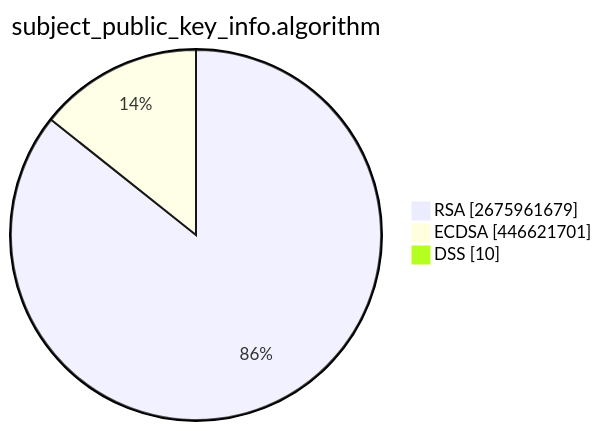
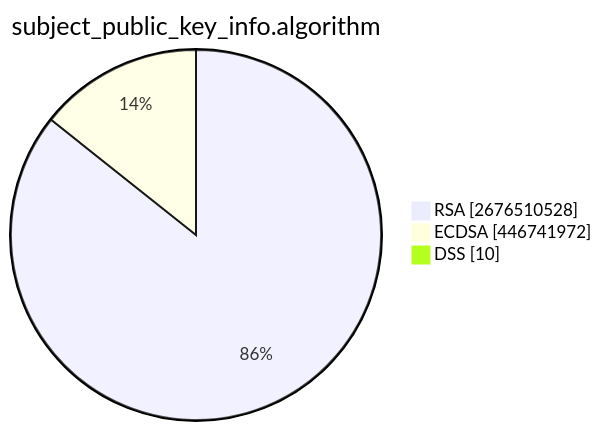
One commit to christiankrug/ctmonitor_visualization changed the second of 15 diagrams in TOTAL/README.md. Above: the diagram before and after it, drawn with Mermaid. The commit also changed other lines of this file, not shown here.

````diff
--- a/TOTAL/README.md
+++ b/TOTAL/README.md
@@ -6,7 +6,7 @@
 ```mermaid
 pie showData
 title subject_public_key_info.algorithm
-"RSA" :2675961679
-"ECDSA" :446621701
+"RSA" :2676510528
+"ECDSA" :446741972
 "DSS" :10
 ```
````
